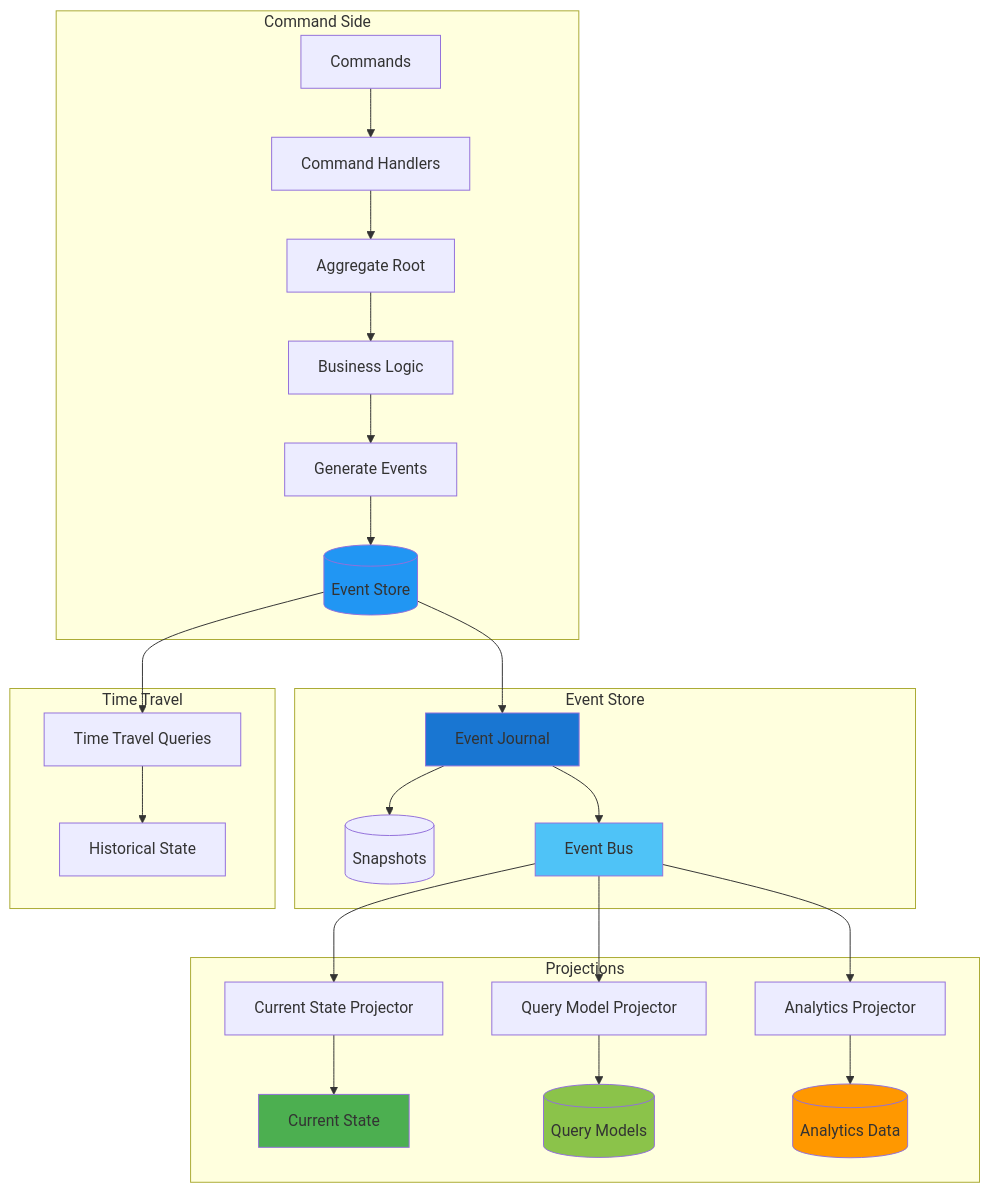
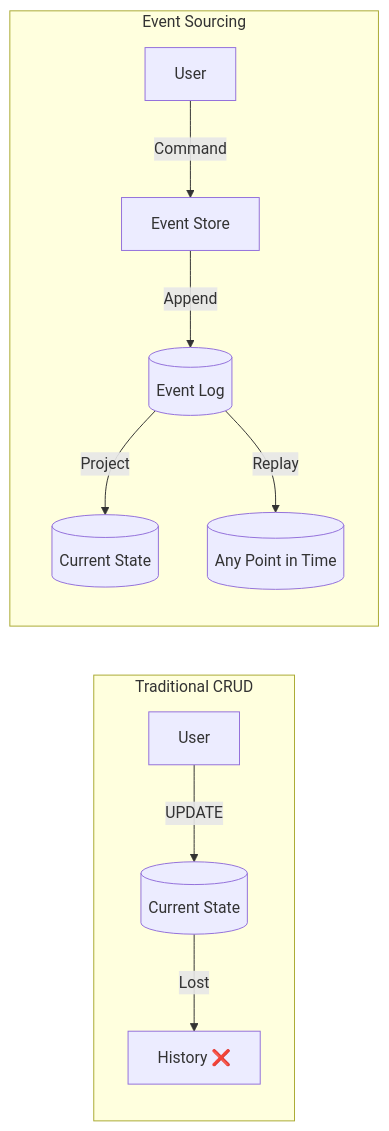
The first of 5 diagrams in docs/pattern-library/data-management/event-sourcing.md (deepaucksharma/DStudio), drawn with Mermaid before and after one commit. The commit also changed other lines of this file and 64 other files, not shown here.

````diff
--- a/docs/pattern-library/data-management/event-sourcing.md
+++ b/docs/pattern-library/data-management/event-sourcing.md
@@ -76,38 +83,14 @@
 ```mermaid
-graph TB
- subgraph "Command Side"
- CMD[Commands] --> CH[Command Handlers]
- CH --> AR[Aggregate Root]
- AR --> BL[Business Logic]
- BL --> EV[Generate Events]
- EV --> ES[(Event Store)]
- end
- 
- subgraph "Event Store"
- ES --> EJ[Event Journal]
- EJ --> SS[(Snapshots)]
- EJ --> EB[Event Bus]
- end
- 
- subgraph "Projections"
- EB --> P1[Current State Projector]
- EB --> P2[Query Model Projector]
- EB --> P3[Analytics Projector]
- 
- P1 --> CS[Current State]
- P2 --> QM[(Query Models)]
- P3 --> AD[(Analytics Data)]
- end
- 
- subgraph "Time Travel"
- ES --> TR[Time Travel Queries]
- TR --> HS[Historical State]
- end
- 
- style ES fill:#2196f3
- style EJ fill:#1976d2
- style EB fill:#4fc3f7
- style CS fill:#4caf50
- style QM fill:#8bc34a
- style AD fill:#ff9800
+graph LR
+    subgraph "Traditional CRUD"
+        U1[User] -->|UPDATE| DB1[(Current State)]
+        DB1 -->|Lost| H1[History ❌]
+    end
+    
+    subgraph "Event Sourcing"
+        U2[User] -->|Command| ES[Event Store]
+        ES -->|Append| EL[(Event Log)]
+        EL -->|Project| CS[(Current State)]
+        EL -->|Replay| HS[(Any Point in Time)]
+    end
 ```
````
